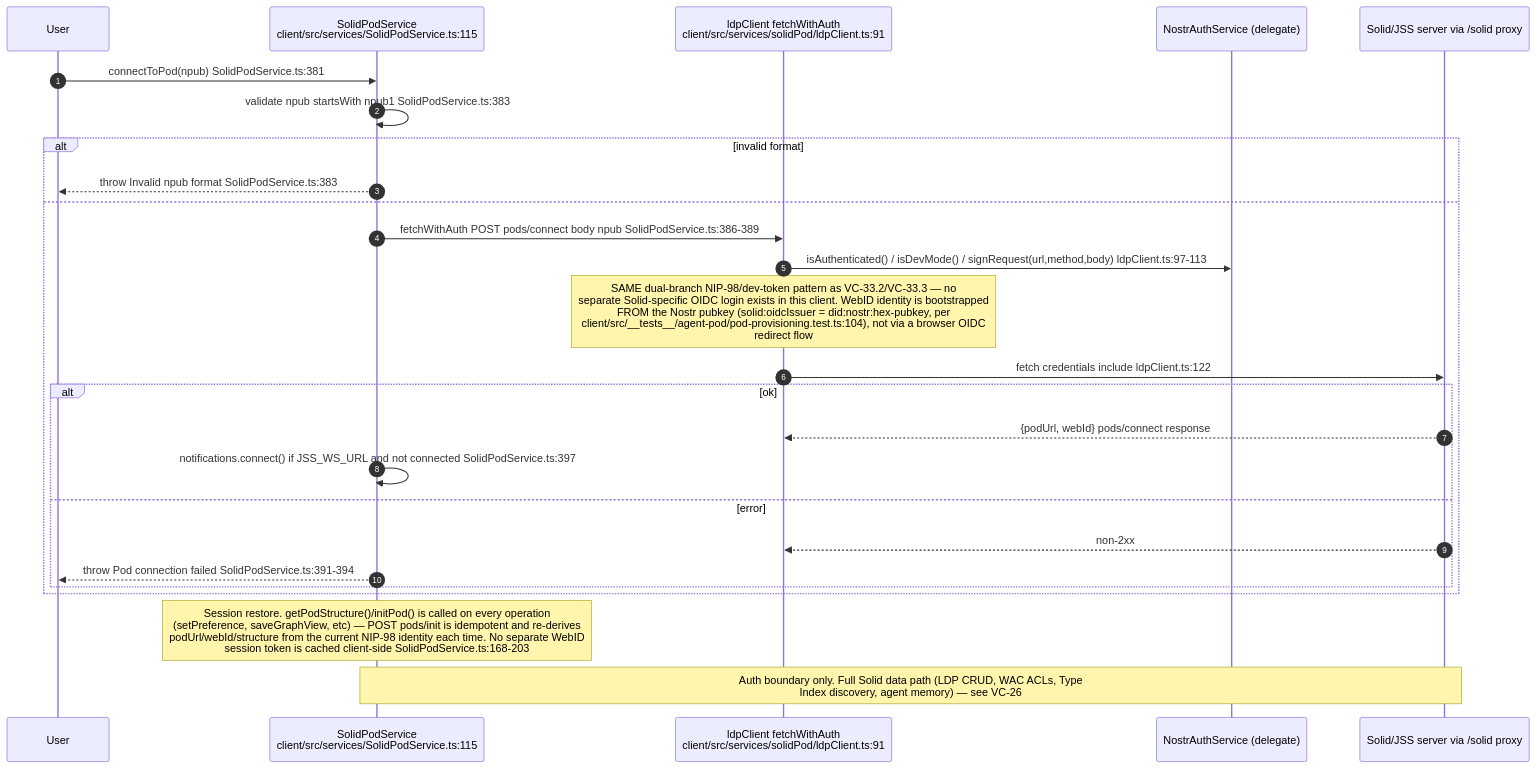
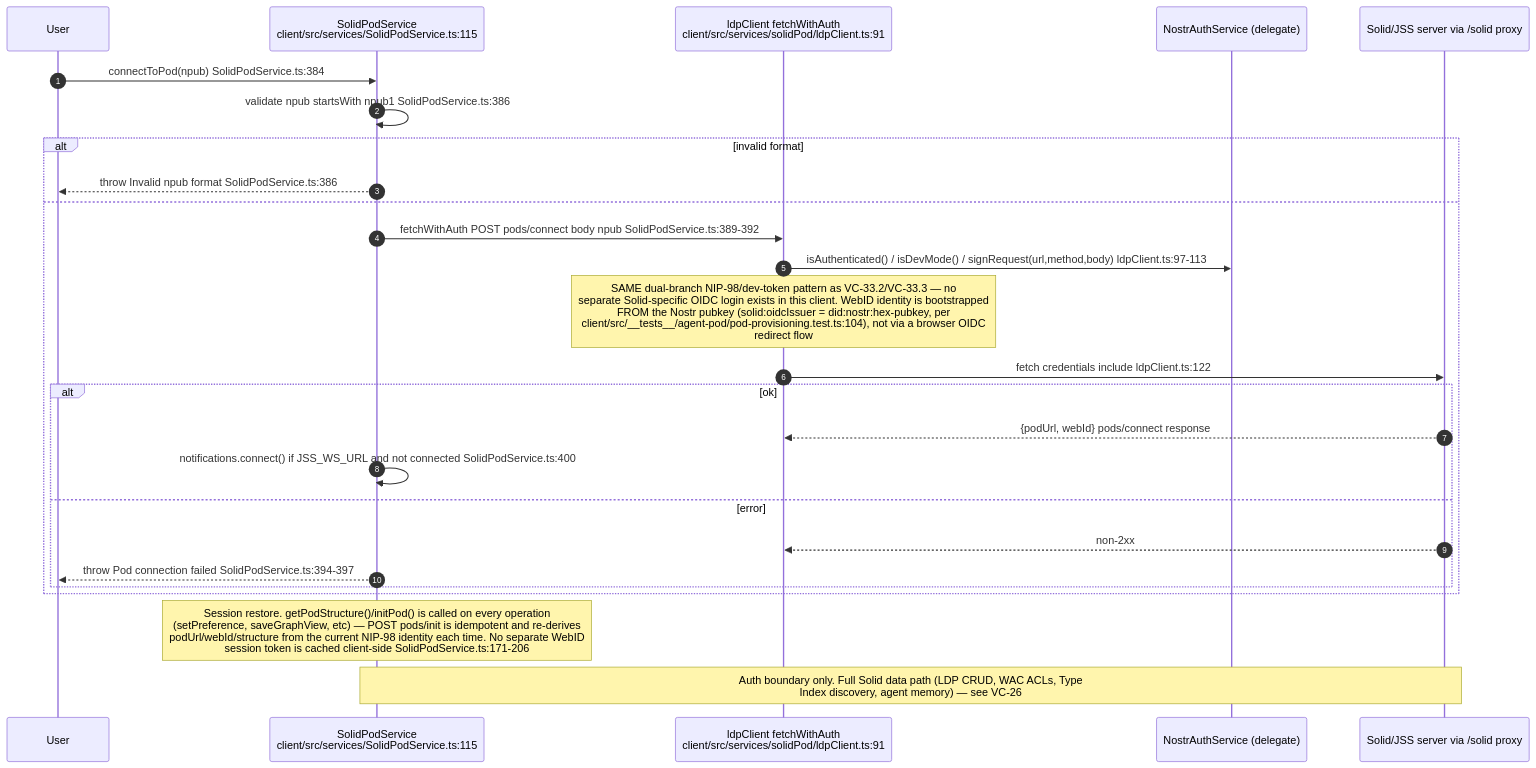
The eighth of 9 diagrams in docs/diagrams/visionclaw/33-client-auth-and-identity.md (DreamLab-AI/AR-AI-Knowledge-Graph), drawn with Mermaid before and after one commit. The commit also changed other lines of this file and 73 other files, not shown here.

First line of the commit message:
docs(diagrams): re-verify all 71 topic files against HEAD; add --cite-check

````diff
--- a/docs/diagrams/visionclaw/33-client-auth-and-identity.md
+++ b/docs/diagrams/visionclaw/33-client-auth-and-identity.md
@@ -331,30 +331,30 @@
 ```mermaid
 sequenceDiagram
     autonumber
     participant U as User
     participant SPS as SolidPodService<br/>client/src/services/SolidPodService.ts:115
     participant LDP as ldpClient fetchWithAuth<br/>client/src/services/solidPod/ldpClient.ts:91
     participant NA as NostrAuthService (delegate)
     participant S as Solid/JSS server via /solid proxy
 
-    U->>SPS: connectToPod(npub) SolidPodService.ts:381
-    SPS->>SPS: validate npub startsWith npub1 SolidPodService.ts:383
+    U->>SPS: connectToPod(npub) SolidPodService.ts:384
+    SPS->>SPS: validate npub startsWith npub1 SolidPodService.ts:386
     alt invalid format
-        SPS-->>U: throw Invalid npub format SolidPodService.ts:383
+        SPS-->>U: throw Invalid npub format SolidPodService.ts:386
     else
-        SPS->>LDP: fetchWithAuth POST pods/connect body npub SolidPodService.ts:386-389
+        SPS->>LDP: fetchWithAuth POST pods/connect body npub SolidPodService.ts:389-392
         LDP->>NA: isAuthenticated() / isDevMode() / signRequest(url,method,body) ldpClient.ts:97-113
         Note over LDP: SAME dual-branch NIP-98/dev-token pattern as VC-33.2/VC-33.3 — no<br/>separate Solid-specific OIDC login exists in this client. WebID identity is bootstrapped<br/>FROM the Nostr pubkey (solid:oidcIssuer = did:nostr:hex-pubkey, per<br/>client/src/__tests__/agent-pod/pod-provisioning.test.ts:104), not via a browser OIDC<br/>redirect flow
         LDP->>S: fetch credentials include ldpClient.ts:122
         alt ok
             S-->>LDP: {podUrl, webId} pods/connect response
-            SPS->>SPS: notifications.connect() if JSS_WS_URL and not connected SolidPodService.ts:397
+            SPS->>SPS: notifications.connect() if JSS_WS_URL and not connected SolidPodService.ts:400
         else error
             S-->>LDP: non-2xx
-            SPS-->>U: throw Pod connection failed SolidPodService.ts:391-394
+            SPS-->>U: throw Pod connection failed SolidPodService.ts:394-397
         end
     end
 
-    Note over SPS: Session restore. getPodStructure()/initPod() is called on every operation<br/>(setPreference, saveGraphView, etc) — POST pods/init is idempotent and re-derives<br/>podUrl/webId/structure from the current NIP-98 identity each time. No separate WebID<br/>session token is cached client-side SolidPodService.ts:168-203
+    Note over SPS: Session restore. getPodStructure()/initPod() is called on every operation<br/>(setPreference, saveGraphView, etc) — POST pods/init is idempotent and re-derives<br/>podUrl/webId/structure from the current NIP-98 identity each time. No separate WebID<br/>session token is cached client-side SolidPodService.ts:171-206
     Note over SPS,S: Auth boundary only. Full Solid data path (LDP CRUD, WAC ACLs, Type<br/>Index discovery, agent memory) — see VC-26
 ```
````
